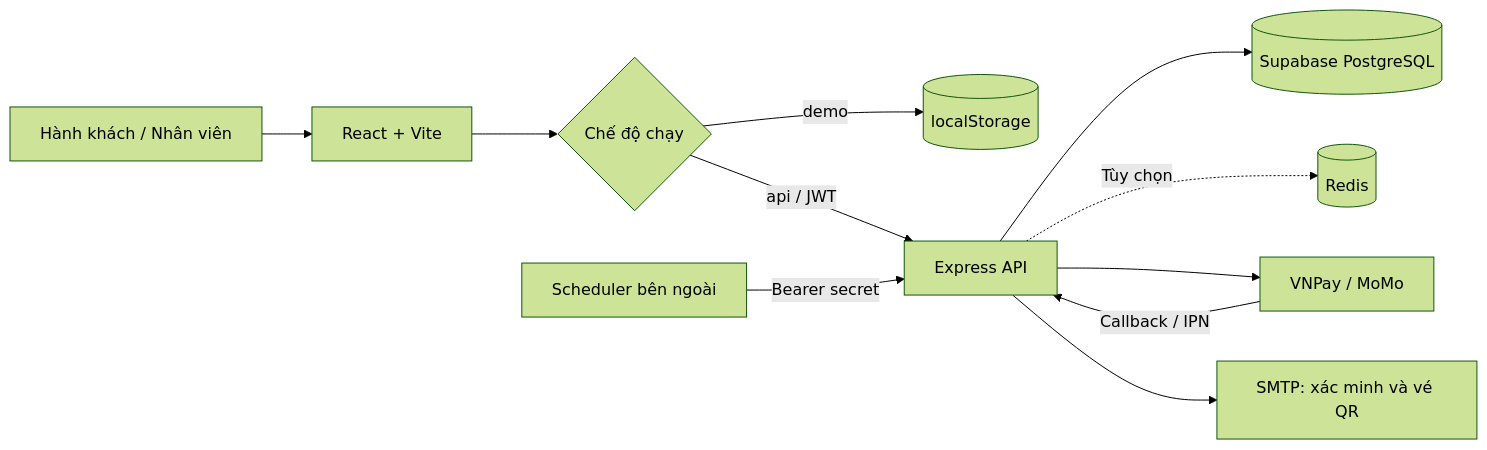
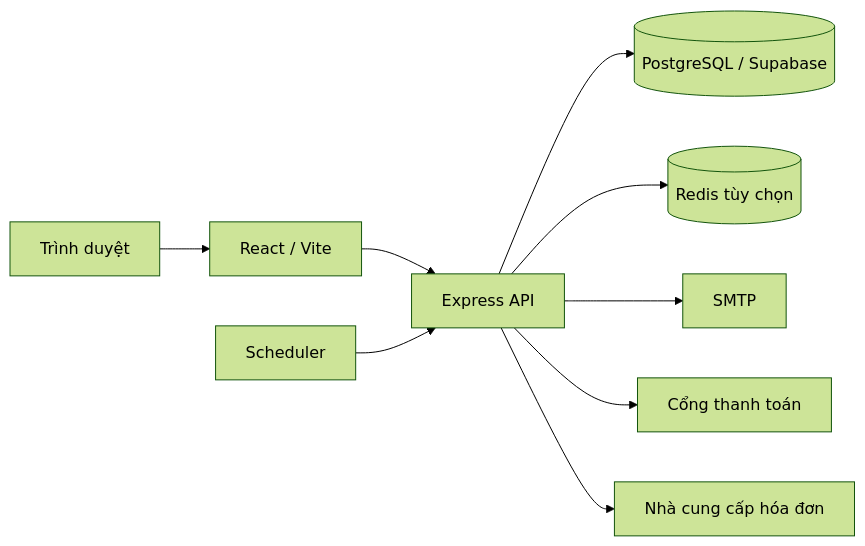
Before and after one commit to tamtran2k6zz/Project_Smart_Bus_Ticketing_System_ictu: the diagram in README.md, drawn with Mermaid (forest theme). The commit also changed other lines of this file, not shown here.

````diff
--- a/README.md
+++ b/README.md
@@ -106,13 +56,11 @@
 ```mermaid
 flowchart LR
-    User[Hành khách / Nhân viên] --> UI[React + Vite]
-    UI --> Mode{Chế độ chạy}
-    Mode -->|demo| Local[(localStorage)]
-    Mode -->|api / JWT| API[Express API]
-    API --> DB[(Supabase PostgreSQL)]
-    API -. Tùy chọn .-> Redis[(Redis)]
-    API --> Gateway[VNPay / MoMo]
-    Gateway -->|Callback / IPN| API
-    API --> SMTP[SMTP: xác minh và vé QR]
-    Cron[Scheduler bên ngoài] -->|Bearer secret| API
+    User[Trình duyệt] --> Web[React / Vite]
+    Web --> API[Express API]
+    API --> DB[(PostgreSQL / Supabase)]
+    API --> Redis[(Redis tùy chọn)]
+    API --> Mail[SMTP]
+    API --> Payment[Cổng thanh toán]
+    API --> Invoice[Nhà cung cấp hóa đơn]
+    Scheduler[Scheduler] --> API
 ```
````
